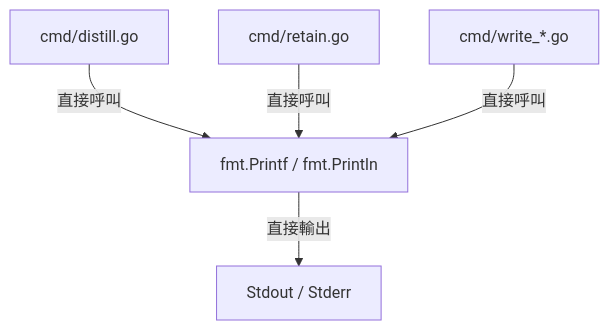
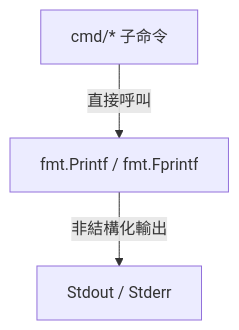
One commit to BizShuk/cc-plugin changed the first of 2 diagrams in plans/2026-07-02-architecture-structured-logging.md. Above: the diagram before and after it, drawn with Mermaid. The commit also changed other lines of this file and 61 other files, not shown here.

````diff
--- a/plans/2026-07-02-architecture-structured-logging.md
+++ b/plans/2026-07-02-architecture-structured-logging.md
@@ -26,7 +20,5 @@
 ```mermaid
 flowchart TD
-    CLI["cmd/distill.go"] -->|"直接呼叫"| Print["fmt.Printf / fmt.Println"]
-    CLI2["cmd/retain.go"] -->|"直接呼叫"| Print
-    CLI3["cmd/write_*.go"] -->|"直接呼叫"| Print
-    Print -->|"直接輸出"| Console["Stdout / Stderr"]
+    CLI["cmd/* 子命令"] -->|"直接呼叫"| Print["fmt.Printf / fmt.Fprintf"]
+    Print -->|"非結構化輸出"| Console["Stdout / Stderr"]
 ```
````
